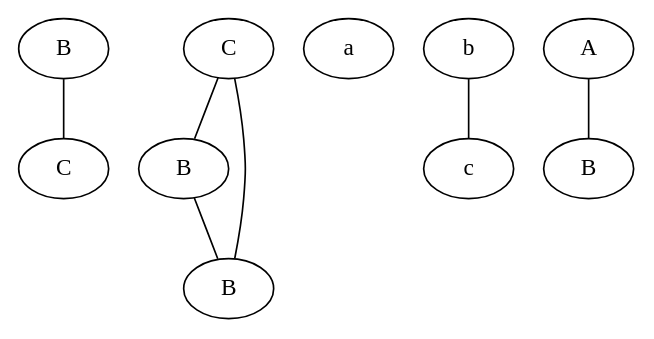
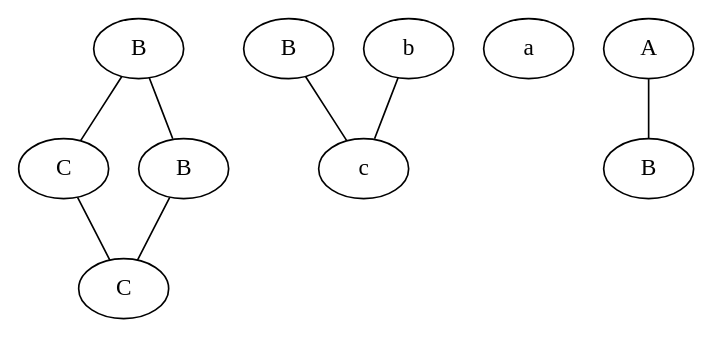
One commit to peep-hole/TiAG-Project changed the diagram in Epoch7.gv. Above: the diagram before and after it, drawn with Graphviz. The commit also changed 10 other files, not shown here.

```diff
--- a/Epoch7.gv
+++ b/Epoch7.gv
@@ -1,18 +1,19 @@
 strict graph G {
   1 [ label="B" ];
   2 [ label="C" ];
-  6 [ label="C" ];
+  3 [ label="B" ];
+  4 [ label="C" ];
   7 [ label="B" ];
-  8 [ label="B" ];
   5 [ label="a" ];
-  3 [ label="b" ];
-  4 [ label="c" ];
+  8 [ label="b" ];
+  6 [ label="c" ];
   0 [ label="A" ];
   9 [ label="B" ];
   1 -- 2;
-  6 -- 7;
-  7 -- 8;
+  3 -- 4;
+  1 -- 3;
+  2 -- 4;
+  7 -- 6;
   8 -- 6;
-  3 -- 4;
   0 -- 9;
 }
```
